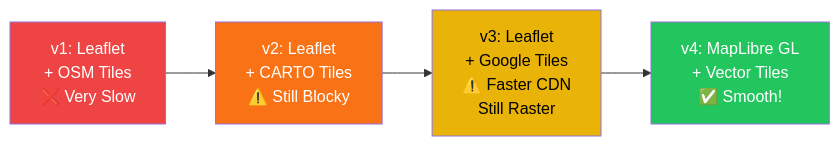
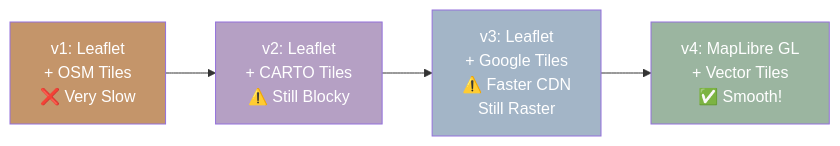
Before and after one commit to xungirl/neu_hackathon: the second of 4 diagrams in README.md, drawn with Mermaid. The commit also changed other lines of this file, not shown here.

````diff
--- a/README.md
+++ b/README.md
@@ -138,11 +138,11 @@
 ```mermaid
 graph LR
     A[v1: Leaflet<br/>+ OSM Tiles<br/>❌ Very Slow] --> B[v2: Leaflet<br/>+ CARTO Tiles<br/>⚠️ Still Blocky]
     B --> C[v3: Leaflet<br/>+ Google Tiles<br/>⚠️ Faster CDN<br/>Still Raster]
     C --> D[v4: MapLibre GL<br/>+ Vector Tiles<br/>✅ Smooth!]
 
-    style A fill:#EF4444,color:#fff
-    style B fill:#F97316,color:#fff
-    style C fill:#EAB308,color:#000
-    style D fill:#22C55E,color:#fff
+    style A fill:#C4956A,color:#fff
+    style B fill:#B5A0C4,color:#fff
+    style C fill:#A3B5C7,color:#fff
+    style D fill:#9BB5A0,color:#fff
 ```
````
